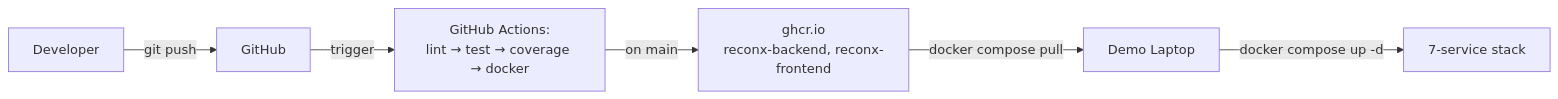
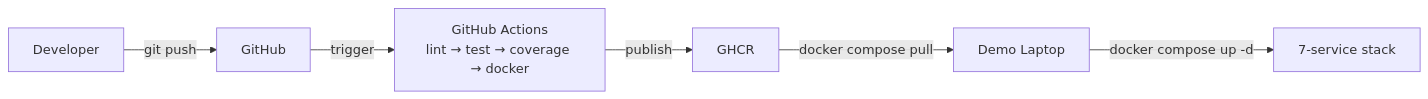
One commit to shraddhabiradar28/dbG7 changed the second of 2 diagrams in README.md. Above: the diagram before and after it, drawn with Mermaid. The commit also changed other lines of this file, not shown here.

````diff
--- a/README.md
+++ b/README.md
@@ -20,8 +96,8 @@
 ```mermaid
-graph LR
+flowchart LR
     DEV[Developer] -->|git push| GH[GitHub]
-    GH -->|trigger| CI[GitHub Actions:<br/>lint → test → coverage → docker]
-    CI -->|on main| GHCR[ghcr.io<br/>reconx-backend, reconx-frontend]
+    GH -->|trigger| CI[GitHub Actions<br/>lint → test → coverage → docker]
+    CI -->|publish| GHCR[GHCR]
     GHCR -->|docker compose pull| LAP[Demo Laptop]
     LAP -->|docker compose up -d| STACK[7-service stack]
 ```
````
